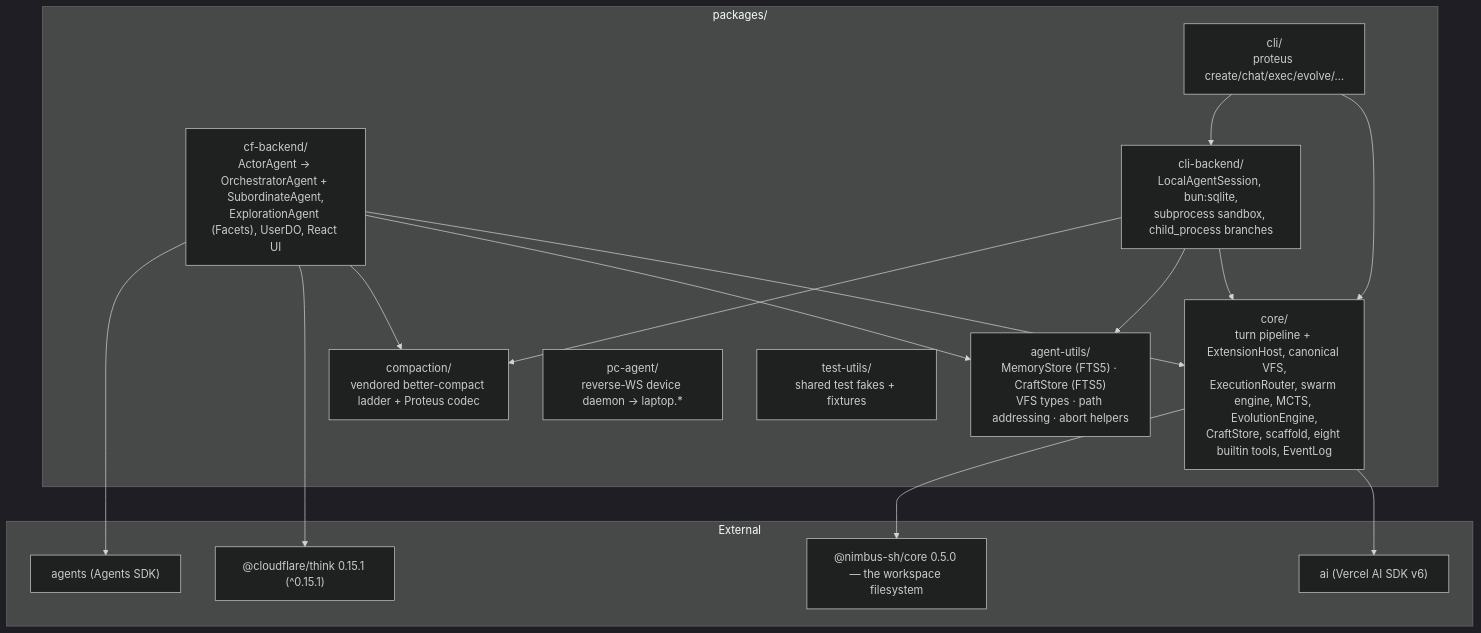
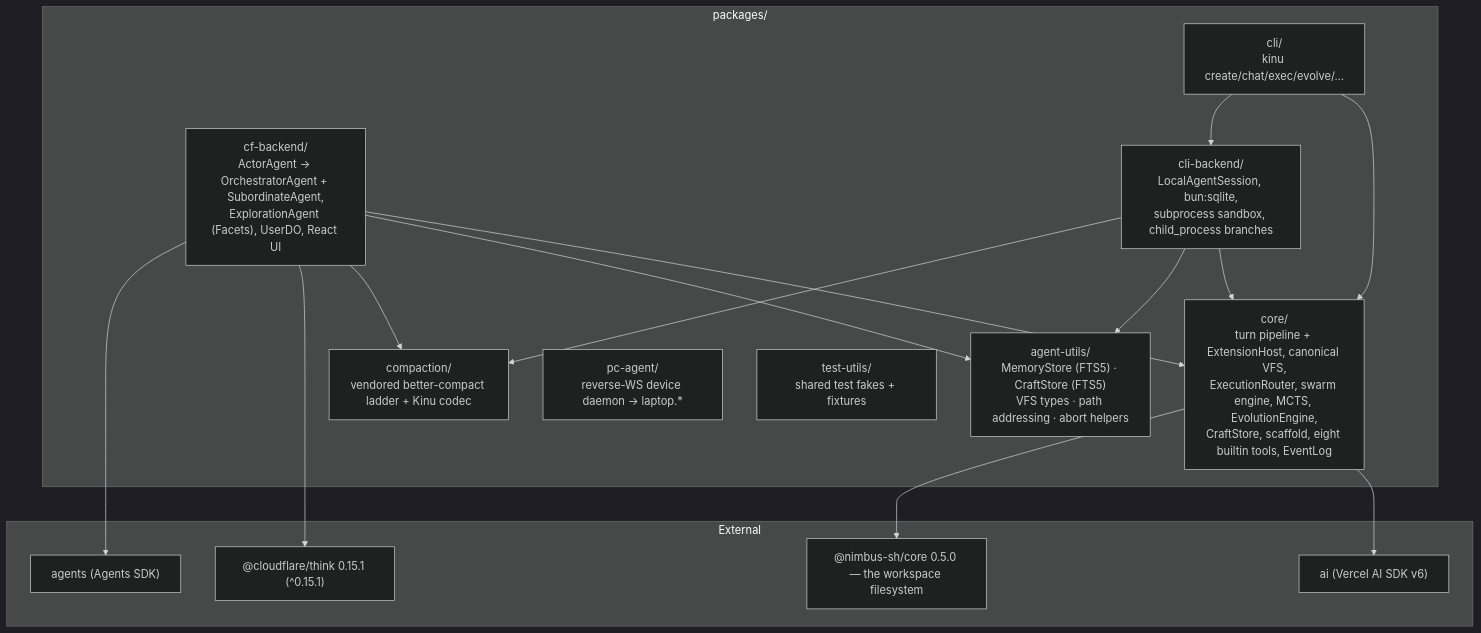
Before and after one commit to AshishKumar4/kinu: the fifth of 5 diagrams in docs/ARCHITECTURE.md, drawn with Mermaid (dark theme). The commit also changed other lines of this file and 377 other files, not shown here.

````diff
--- a/docs/ARCHITECTURE.md
+++ b/docs/ARCHITECTURE.md
@@ -402,34 +402,34 @@
 ```mermaid
 graph TB
     subgraph pkgs["packages/"]
         Core["core/<br/>turn pipeline + ExtensionHost, canonical VFS,<br/>ExecutionRouter, swarm engine, MCTS, EvolutionEngine,<br/>CraftStore, scaffold, eight builtin tools, EventLog"]
         Utils["agent-utils/<br/>MemoryStore (FTS5) · CraftStore (FTS5)<br/>VFS types · path addressing · abort helpers"]
-        Compact["compaction/<br/>vendored better-compact ladder + Proteus codec"]
+        Compact["compaction/<br/>vendored better-compact ladder + Kinu codec"]
         CF["cf-backend/<br/>ActorAgent → OrchestratorAgent + SubordinateAgent,<br/>ExplorationAgent (Facets), UserDO, React UI"]
-        CLI["cli/<br/>proteus create/chat/exec/evolve/…"]
+        CLI["cli/<br/>kinu create/chat/exec/evolve/…"]
         CLIB["cli-backend/<br/>LocalAgentSession, bun:sqlite,<br/>subprocess sandbox, child_process branches"]
         PC["pc-agent/<br/>reverse-WS device daemon → laptop.*"]
         TU["test-utils/<br/>shared test fakes + fixtures"]
     end
 
     CF --> Core
     CF --> Utils
     CF --> Compact
     CLI --> Core
     CLI --> CLIB
     CLIB --> Core
     CLIB --> Utils
     CLIB --> Compact
 
     subgraph ext["External"]
         Think["@cloudflare/think 0.15.1 (^0.15.1)"]
         Agents["agents (Agents SDK)"]
         AISDK["ai (Vercel AI SDK v6)"]
         Nimbus["@nimbus-sh/core 0.5.0 — the workspace filesystem"]
     end
 
     CF --> Think
     CF --> Agents
     Core --> AISDK
     Core --> Nimbus
 ```
````
